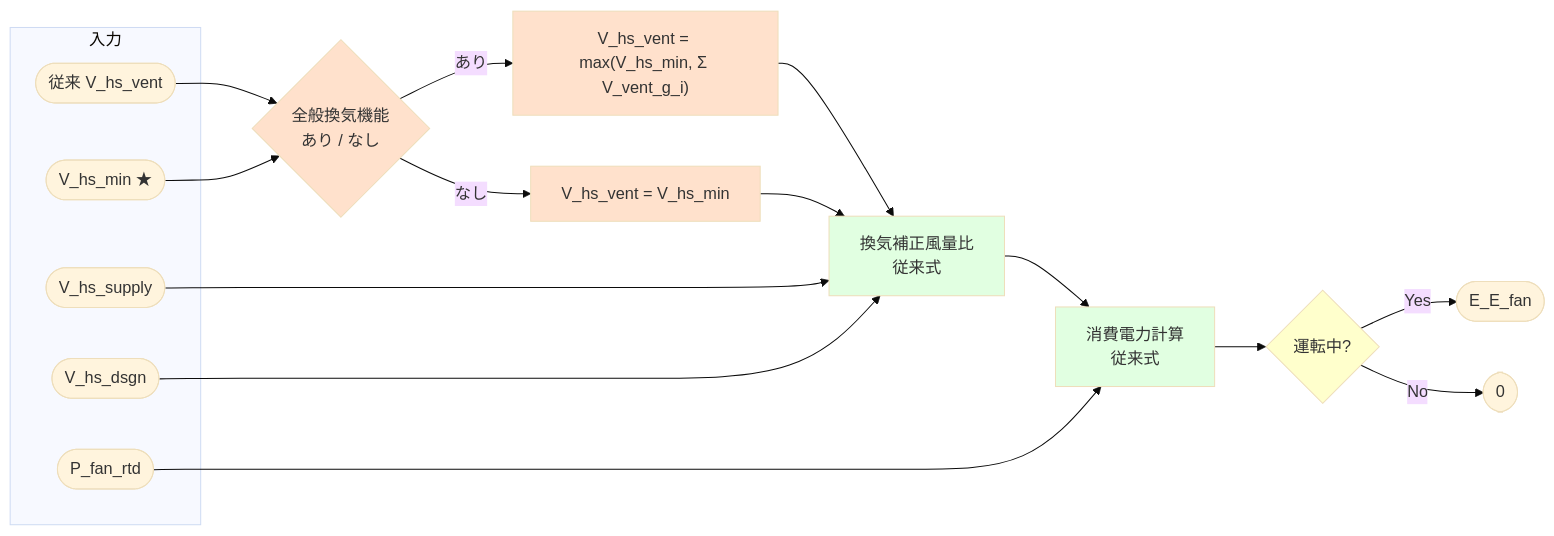
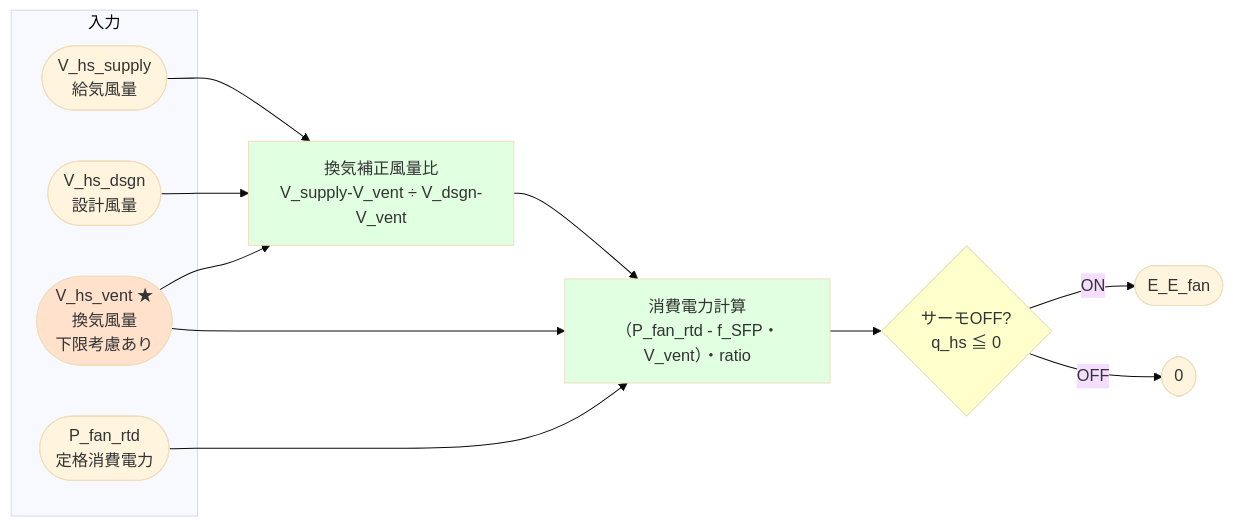
Before and after one commit to iguchi-lab/Verification-Platform-Next: the third of 4 diagrams in docs/最低風量_最低電力_直接入力.md, drawn with Mermaid (base theme). The commit also changed other lines of this file, not shown here.

````diff
--- a/docs/最低風量_最低電力_直接入力.md
+++ b/docs/最低風量_最低電力_直接入力.md
@@ -162,35 +172,27 @@
 ```mermaid
 flowchart LR
 
 subgraph 入力
-    V([V_hs_supply])
-    V_dsgn([V_hs_dsgn])
-    V_vent_raw([従来 V_hs_vent])
-    V_min([V_hs_min ★])
-    P([P_fan_rtd])
+    V([V_hs_supply<br/>給気風量])
+    V_dsgn([V_hs_dsgn<br/>設計風量])
+    V_vent([V_hs_vent ★<br/>換気風量<br/>下限考慮あり])
+    P([P_fan_rtd<br/>定格消費電力])
 end
 
-V_vent_raw --> Override{全般換気機能<br/>あり / なし}
-V_min --> Override
-Override -->|あり| VentMax["V_hs_vent = max(V_hs_min, Σ V_vent_g_i)"]
-Override -->|なし| VentMin["V_hs_vent = V_hs_min"]
+V --> Ratio[換気補正風量比<br/>V_supply-V_vent ÷ V_dsgn-V_vent ]
+V_dsgn --> Ratio
+V_vent --> Ratio
 
-VentMax --> Ratio[換気補正風量比<br/>従来式]
-VentMin --> Ratio
-V --> Ratio
-V_dsgn --> Ratio
+Ratio --> Power[消費電力計算<br/>（P_fan_rtd - f_SFP・V_vent）・ratio]
+P --> Power
+V_vent --> Power
 
-Ratio --> Power[消費電力計算<br/>従来式]
-P --> Power
+Power --> Check{サーモOFF?<br/>q_hs ≦ 0}
+Check -->|ON| Result([E_E_fan])
+Check -->|OFF| Zero([0])
 
-Power --> Check{運転中?}
-Check -->|Yes| Result([E_E_fan])
-Check -->|No| Zero([0])
-
-style Override fill:#ffe1cc
-style VentMax fill:#ffe1cc
-style VentMin fill:#ffe1cc
 style Ratio fill:#e1ffe1
 style Power fill:#e1ffe1
 style Check fill:#ffffcc
+style V_vent fill:#ffe1cc
 ```
````
